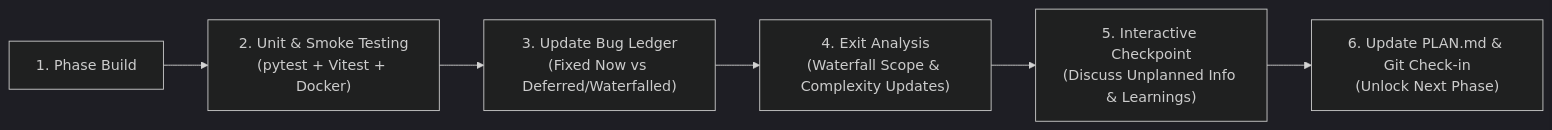
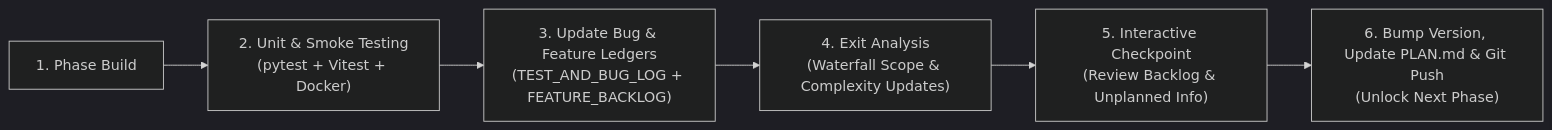
The second of 3 diagrams in PLAN.md (cpavlas/gateway-front-end), drawn with Mermaid (dark theme) before and after one commit. The commit also changed other lines of this file and 27 other files, not shown here.

Commit message:
feat(phase4): device groups/profiles, bulk OPNsense toggles, group ES analytics & feature backlog (v0.4.0)

````diff
--- a/PLAN.md
+++ b/PLAN.md
@@ -230,8 +230,8 @@
 ```mermaid
 flowchart LR
     Build["1. Phase Build"] --> Test["2. Unit & Smoke Testing<br/>(pytest + Vitest + Docker)"]
-    Test --> BugLog["3. Update Bug Ledger<br/>(Fixed Now vs Deferred/Waterfalled)"]
+    Test --> BugLog["3. Update Bug & Feature Ledgers<br/>(TEST_AND_BUG_LOG + FEATURE_BACKLOG)"]
     BugLog --> Exit["4. Exit Analysis<br/>(Waterfall Scope & Complexity Updates)"]
-    Exit --> Check["5. Interactive Checkpoint<br/>(Discuss Unplanned Info & Learnings)"]
-    Check --> Commit["6. Update PLAN.md & Git Check-in<br/>(Unlock Next Phase)"]
+    Exit --> Check["5. Interactive Checkpoint<br/>(Review Backlog & Unplanned Info)"]
+    Check --> Commit["6. Bump Version, Update PLAN.md & Git Push<br/>(Unlock Next Phase)"]
 ```
````
